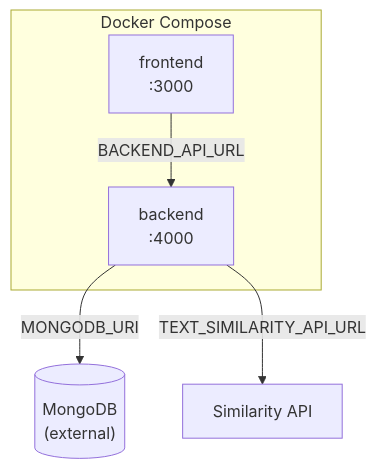
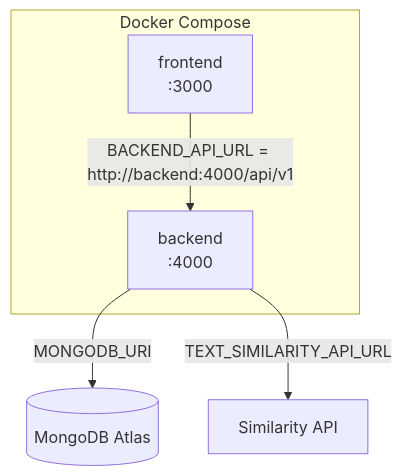
Before and after one commit to Tarandeep9988/AssignGuard: the fifth of 6 diagrams in design_document.md, drawn with Mermaid. The commit also changed other lines of this file and 1 other file, not shown here.

````diff
--- a/design_document.md
+++ b/design_document.md
@@ -456,11 +459,11 @@
 ```mermaid
 graph TB
     subgraph Docker Compose
         FE["frontend<br/>:3000"]
         BE["backend<br/>:4000"]
     end
 
-    FE -->|BACKEND_API_URL| BE
-    BE -->|MONGODB_URI| DB[("MongoDB<br/>(external)")]
+    FE -->|BACKEND_API_URL = http://backend:4000/api/v1| BE
+    BE -->|MONGODB_URI| DB[("MongoDB Atlas")]
     BE -->|TEXT_SIMILARITY_API_URL| EXT["Similarity API"]
 ```
````
